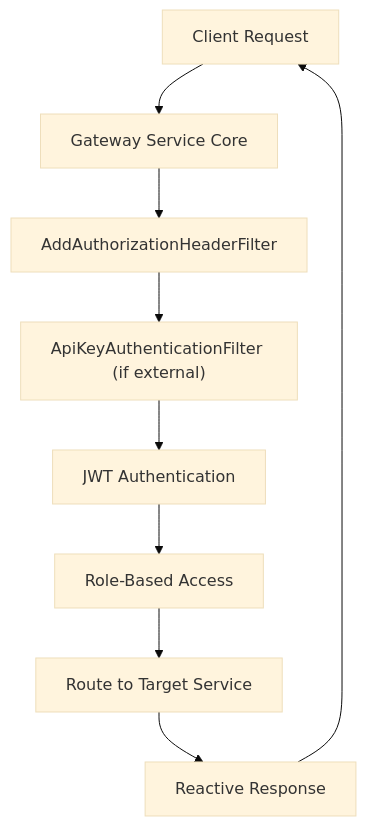
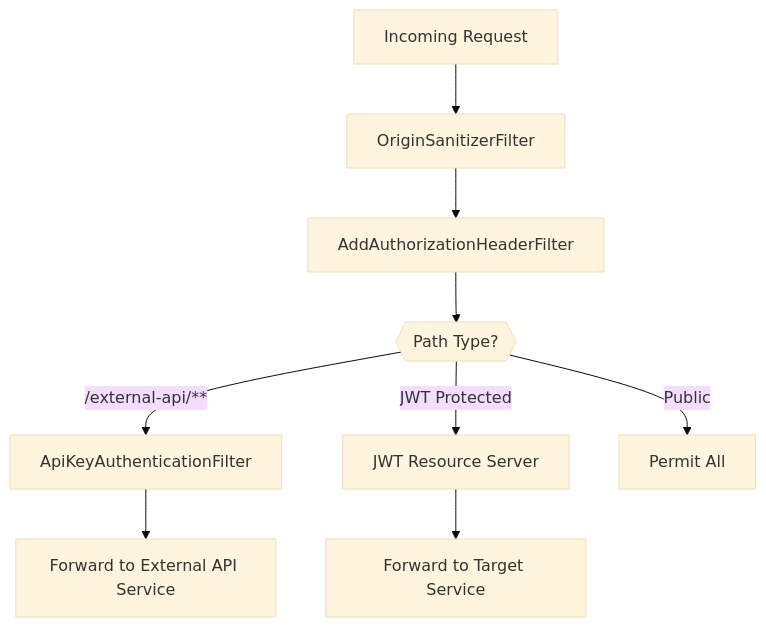
Before and after one commit to Praesto-Pro/openframe-oss-tenant: the sixth of 6 diagrams in docs/architecture/gateway-service-core/gateway-service-core.md, drawn with Mermaid (base theme). The commit also changed other lines of this file and 214 other files, not shown here.

````diff
--- a/docs/architecture/gateway-service-core/gateway-service-core.md
+++ b/docs/architecture/gateway-service-core/gateway-service-core.md
@@ -285,11 +268,12 @@
 ```mermaid
 flowchart TD
-    Client["Client Request"] --> Gateway["Gateway Service Core"]
-    Gateway --> PreAuth["AddAuthorizationHeaderFilter"]
-    PreAuth --> ApiKeyFilter["ApiKeyAuthenticationFilter (if external)"]
-    ApiKeyFilter --> JwtValidation["JWT Authentication"]
-    JwtValidation --> Authorization["Role-Based Access"]
-    Authorization --> Route["Route to Target Service"]
-    Route --> Response["Reactive Response"]
-    Response --> Client
+    A["Incoming Request"] --> B["OriginSanitizerFilter"]
+    B --> C["AddAuthorizationHeaderFilter"]
+    C --> D{{"Path Type?"}}
+    D -->|"/external-api/**"| E["ApiKeyAuthenticationFilter"]
+    D -->|"JWT Protected"| F["JWT Resource Server"]
+    D -->|"Public"| G["Permit All"]
+
+    E --> H["Forward to External API Service"]
+    F --> I["Forward to Target Service"]
 ```
````
